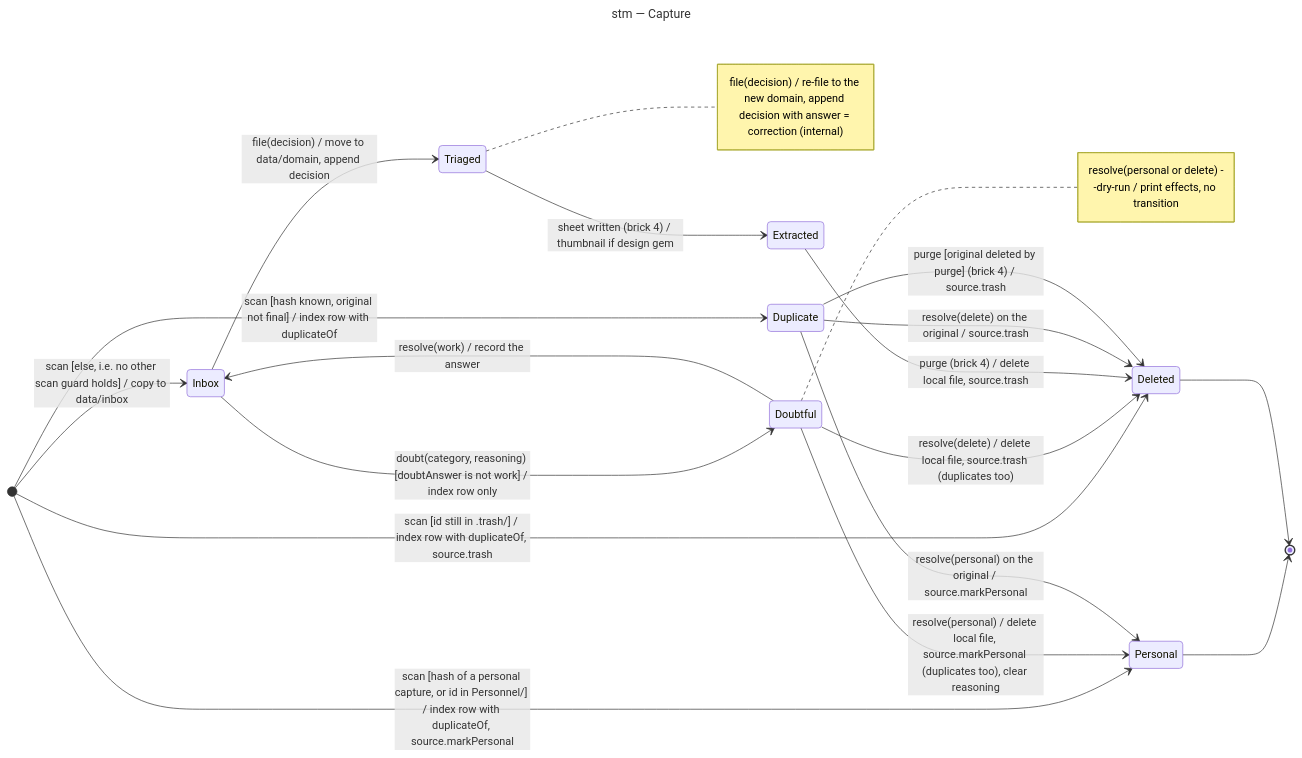
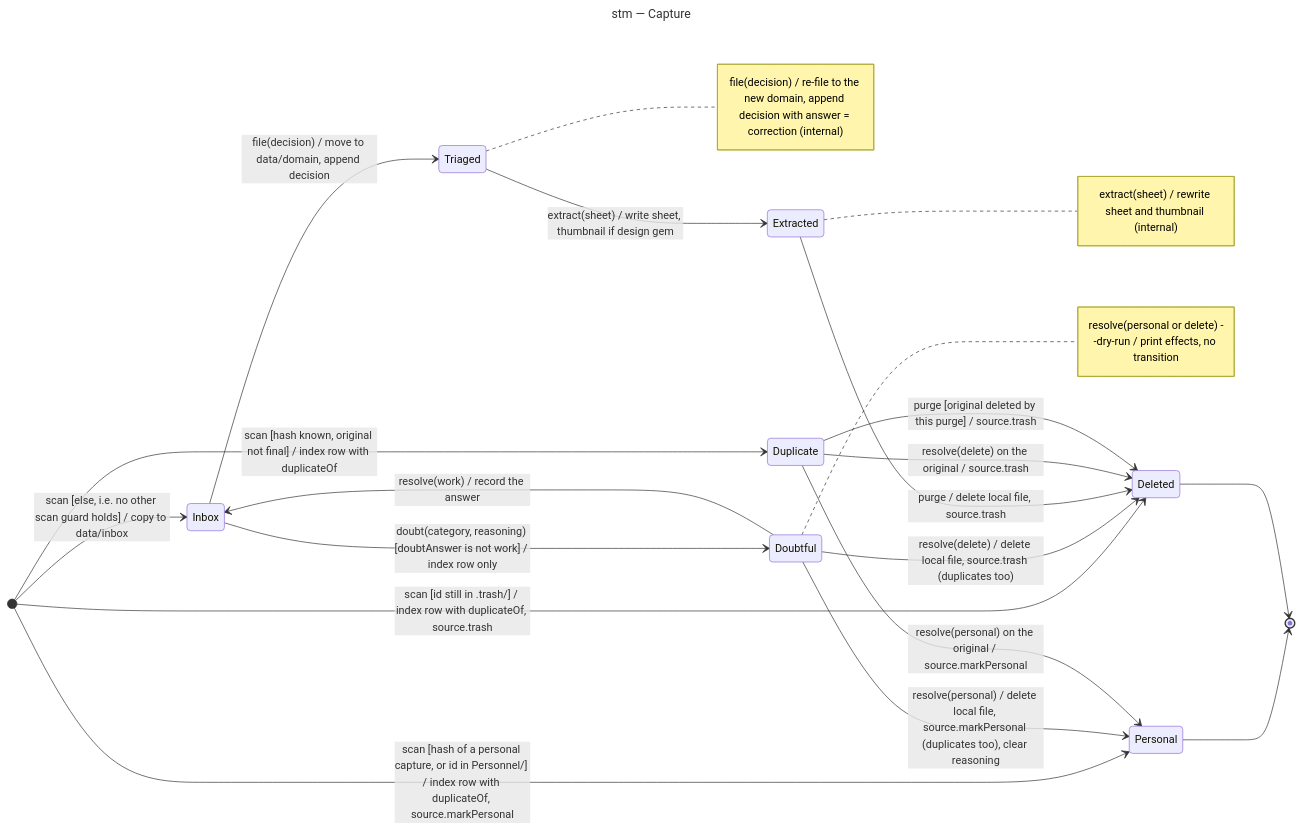
The diagram in docs/architecture/diagrams/triage/05-state-capture.md (benoit-bremaud/screenshot-triage), drawn with Mermaid before and after one commit. The commit also changed other lines of this file and 10 other files, not shown here.

First line of the commit message:
docs(extract/architecture): model sheets, purge and the enrichment PR

````diff
--- a/docs/architecture/diagrams/triage/05-state-capture.md
+++ b/docs/architecture/diagrams/triage/05-state-capture.md
@@ -13,29 +13,32 @@
 ```mermaid
 ---
 title: stm — Capture
 ---
 stateDiagram-v2
   direction LR
   [*] --> Inbox: scan [else, i.e. no other scan guard holds] / copy to data/inbox
   [*] --> Duplicate: scan [hash known, original not final] / index row with duplicateOf
   [*] --> Personal: scan [hash of a personal capture, or id in Personnel/] / index row with duplicateOf, source.markPersonal
   [*] --> Deleted: scan [id still in .trash/] / index row with duplicateOf, source.trash
   Inbox --> Triaged: file(decision) / move to data/domain, append decision
   Inbox --> Doubtful: doubt(category, reasoning) [doubtAnswer is not work] / index row only
   Doubtful --> Inbox: resolve(work) / record the answer
   Doubtful --> Personal: resolve(personal) / delete local file, source.markPersonal (duplicates too), clear reasoning
   Doubtful --> Deleted: resolve(delete) / delete local file, source.trash (duplicates too)
-  Triaged --> Extracted: sheet written (brick 4) / thumbnail if design gem
-  Extracted --> Deleted: purge (brick 4) / delete local file, source.trash
+  Triaged --> Extracted: extract(sheet) / write sheet, thumbnail if design gem
+  Extracted --> Deleted: purge / delete local file, source.trash
   Duplicate --> Personal: resolve(personal) on the original / source.markPersonal
   Duplicate --> Deleted: resolve(delete) on the original / source.trash
-  Duplicate --> Deleted: purge [original deleted by purge] (brick 4) / source.trash
+  Duplicate --> Deleted: purge [original deleted by this purge] / source.trash
   Personal --> [*]
   Deleted --> [*]
   note right of Triaged
     file(decision) / re-file to the new domain, append decision with answer = correction (internal)
   end note
+  note right of Extracted
+    extract(sheet) / rewrite sheet and thumbnail (internal)
+  end note
   note right of Doubtful
     resolve(personal or delete) --dry-run / print effects, no transition
   end note
 ```
````
